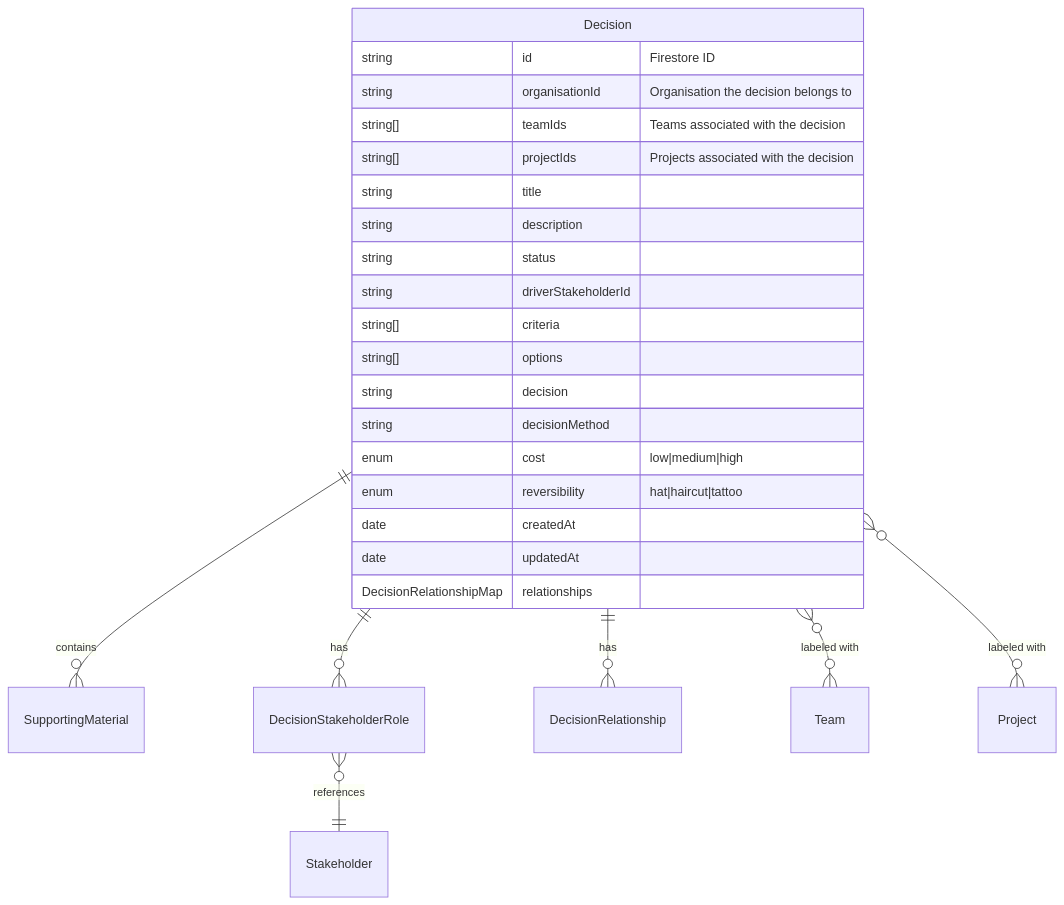
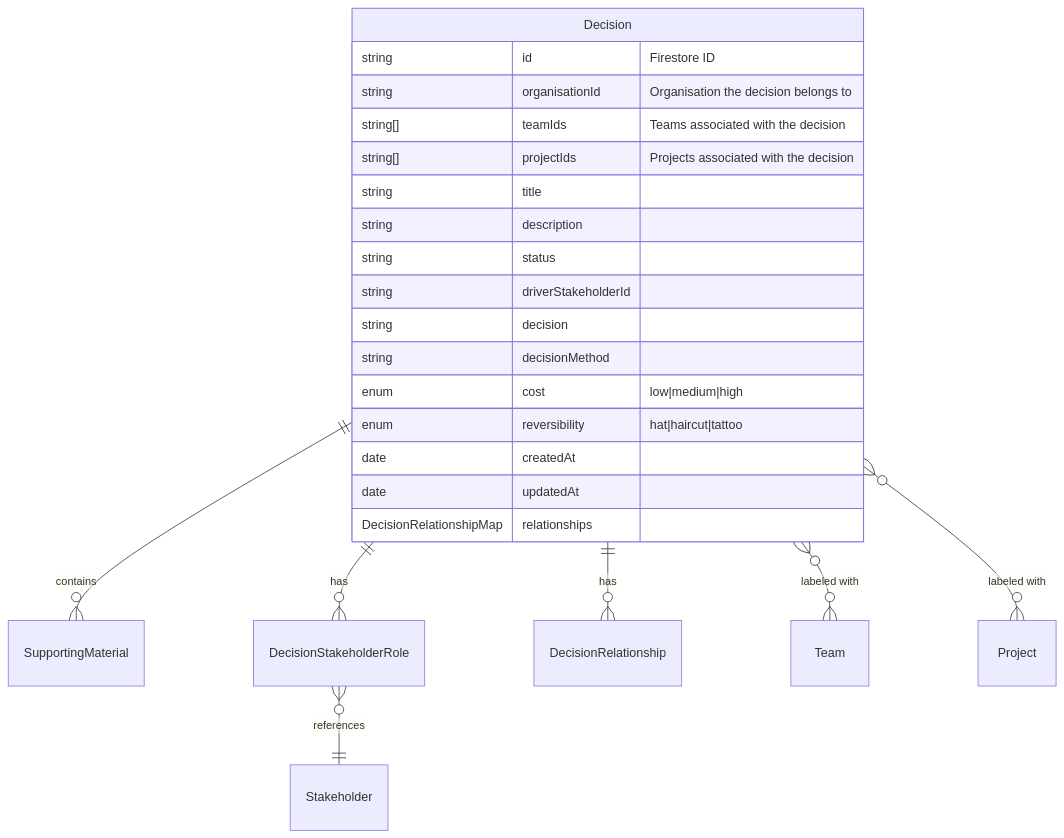
The diagram in docs/domain/decision.md (wellmaintained/decision-copilot), drawn with Mermaid before and after one commit. The commit also changed 2 other files, not shown here.

Commit message:
refactor: remove options and criteria controls from decision workflow

````diff
--- a/docs/domain/decision.md
+++ b/docs/domain/decision.md
@@ -9,28 +9,26 @@
 ```mermaid
 erDiagram
     Decision {
         string id "Firestore ID"
         string organisationId "Organisation the decision belongs to"
         string[] teamIds "Teams associated with the decision"
         string[] projectIds "Projects associated with the decision"
         string title
         string description
         string status
         string driverStakeholderId
-        string[] criteria
-        string[] options
         string decision
         string decisionMethod
         enum cost "low|medium|high"
         enum reversibility "hat|haircut|tattoo"
         date createdAt
         date updatedAt
         DecisionRelationshipMap relationships
     }
     Decision ||--o{ SupportingMaterial : contains
     Decision ||--o{ DecisionStakeholderRole : has
     DecisionStakeholderRole }o--|| Stakeholder : references
     Decision ||--o{ DecisionRelationship : "has"
     Decision }o--o{ Team : "labeled with"
     Decision }o--o{ Project : "labeled with"
 ```
````
